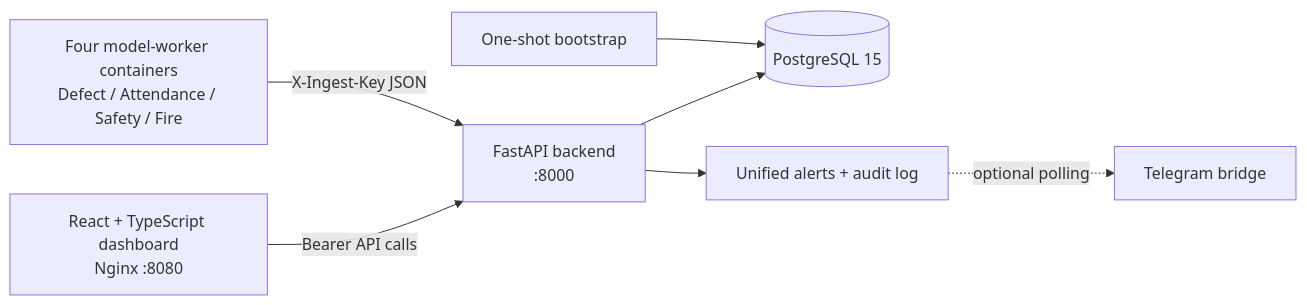
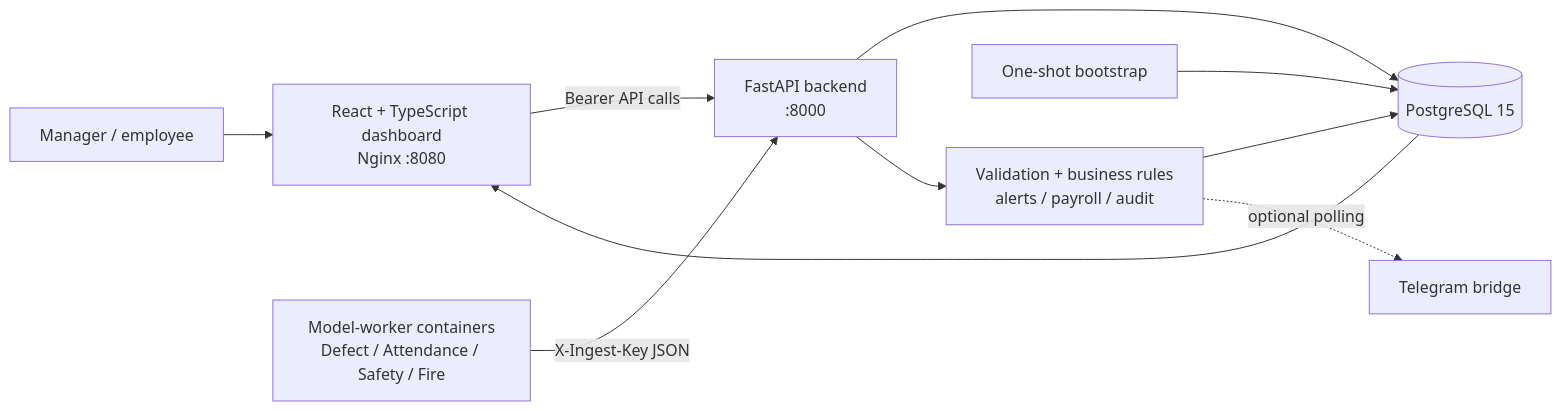
One commit to AlberGamal/baseer-smart-factory changed the diagram in README.md. Above: the diagram before and after it, drawn with Mermaid. The commit also changed other lines of this file and 7 other files, not shown here.

````diff
--- a/README.md
+++ b/README.md
@@ -13,9 +32,12 @@
 ```mermaid
 flowchart LR
-    UI[React + TypeScript dashboard\nNginx :8080] -->|Bearer API calls| API[FastAPI backend\n:8000]
+    User[Manager / employee] --> UI[React + TypeScript dashboard\nNginx :8080]
+    UI -->|Bearer API calls| API[FastAPI backend\n:8000]
+    Workers[Model-worker containers\nDefect / Attendance / Safety / Fire] -->|X-Ingest-Key JSON| API
     API --> DB[(PostgreSQL 15)]
-    Workers[Four model-worker containers\nDefect / Attendance / Safety / Fire] -->|X-Ingest-Key JSON| API
-    API --> Alerts[Unified alerts + audit log]
-    Alerts -. optional polling .-> TG[Telegram bridge]
+    API --> Rules[Validation + business rules\nalerts / payroll / audit]
+    Rules --> DB
+    DB --> UI
     Bootstrap[One-shot bootstrap] --> DB
+    Rules -. optional polling .-> TG[Telegram bridge]
 ```
````
